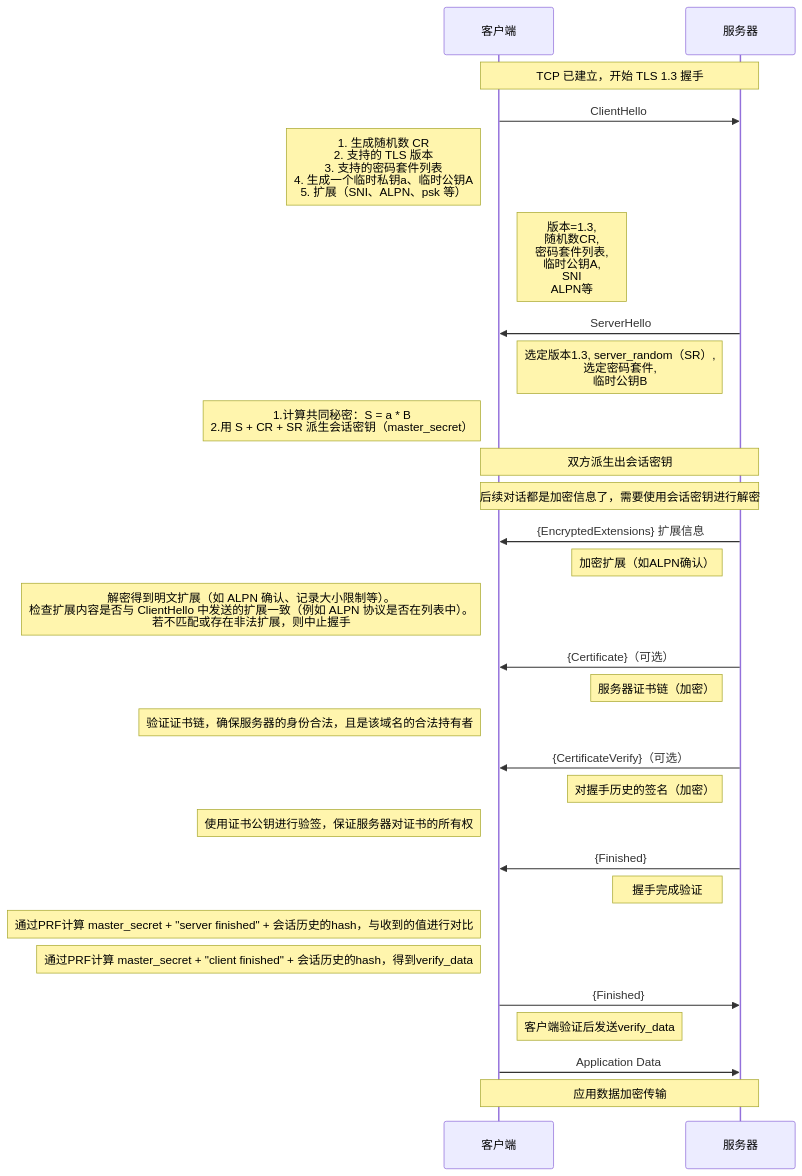
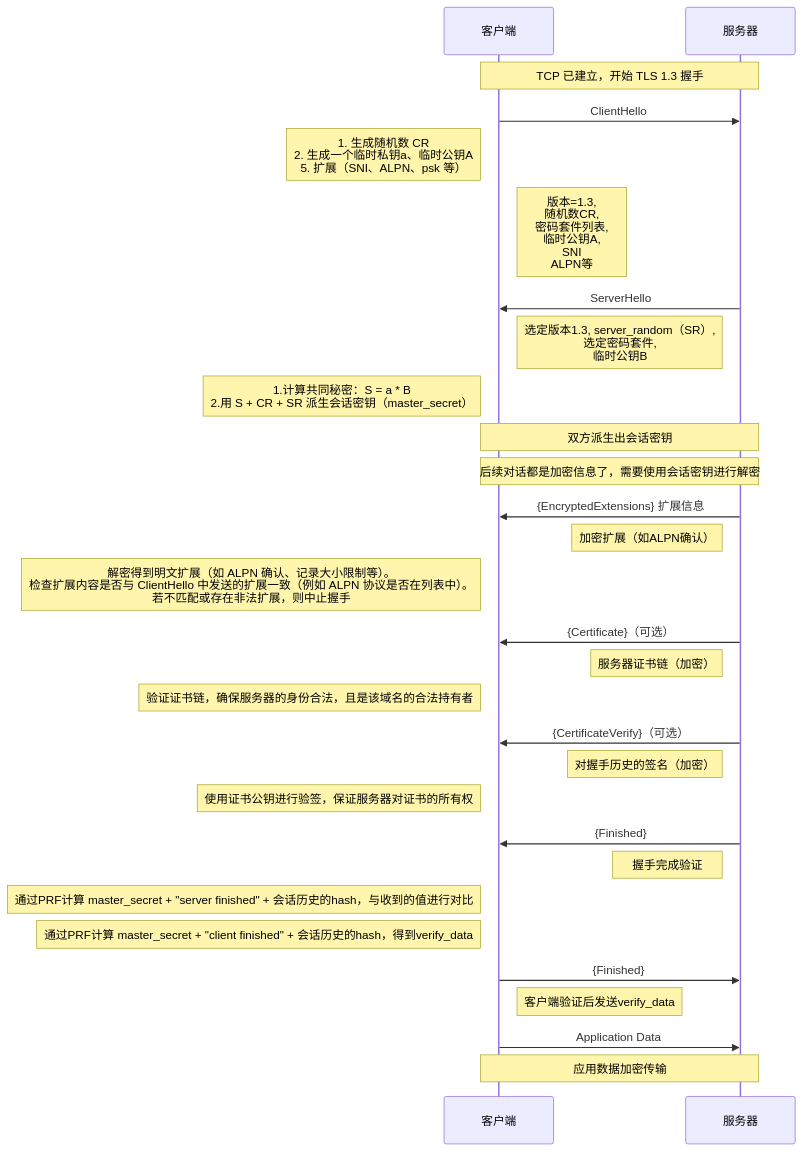
One commit to HY-10-8/iodraw-files changed the diagram in all/TLS-1.3-通用.md. Above: the diagram before and after it, drawn with Mermaid.

Commit message:
2026-03-31 09:28:19 update

````diff
--- a/all/TLS-1.3-通用.md
+++ b/all/TLS-1.3-通用.md
@@ -1,41 +1,41 @@
 ```mermaid
 sequenceDiagram
     participant C as 客户端
     participant S as 服务器
 
     Note over C,S: TCP 已建立，开始 TLS 1.3 握手
 
     C->>S: ClientHello
-    Note left of C: 1. 生成随机数 CR<br/> 2. 支持的 TLS 版本<br/> 3. 支持的密码套件列表<br/> 4. 生成一个临时私钥a、临时公钥A<br/> 5. 扩展（SNI、ALPN、psk 等）
+    Note left of C: 1. 生成随机数 CR<br/> 2. 生成一个临时私钥a、临时公钥A<br/> 5. 扩展（SNI、ALPN、psk 等）
     Note right of C: 版本=1.3,<br/> 随机数CR,<br/> 密码套件列表,<br/> 临时公钥A,<br/> SNI<br/> ALPN等
 
     S->>C: ServerHello
     Note left of S: 选定版本1.3, server_random（SR）,<br/> 选定密码套件, <br/>临时公钥B
     Note left of C: 1.计算共同秘密：S = a * B<br/> 2.用 S + CR + SR 派生会话密钥（master_secret）
 
     Note over C,S: 双方派生出会话密钥
     Note over C,S: 后续对话都是加密信息了，需要使用会话密钥进行解密
 
     S->>C: {EncryptedExtensions} 扩展信息
     Note left of S: 加密扩展（如ALPN确认）
     Note left of C: 解密得到明文扩展（如 ALPN 确认、记录大小限制等）。<br/>检查扩展内容是否与 ClientHello 中发送的扩展一致（例如 ALPN 协议是否在列表中）。<br/> 若不匹配或存在非法扩展，则中止握手
 
     S->>C: {Certificate}（可选）
     Note left of S: 服务器证书链（加密）
     Note left of C: 验证证书链，确保服务器的身份合法，且是该域名的合法持有者
 
     S->>C: {CertificateVerify}（可选）
     Note left of S: 对握手历史的签名（加密）
     Note left of C: 使用证书公钥进行验签，保证服务器对证书的所有权
 
     S->>C: {Finished}
     Note left of S: 握手完成验证
     Note left of C: 通过PRF计算 master_secret + "server finished" + 会话历史的hash，与收到的值进行对比
     Note left of C: 通过PRF计算 master_secret + "client finished" + 会话历史的hash，得到verify_data
 
     C->>S: {Finished}
     Note right of C: 客户端验证后发送verify_data
 
     C->>S: Application Data
     Note over C,S: 应用数据加密传输
 ```
````
